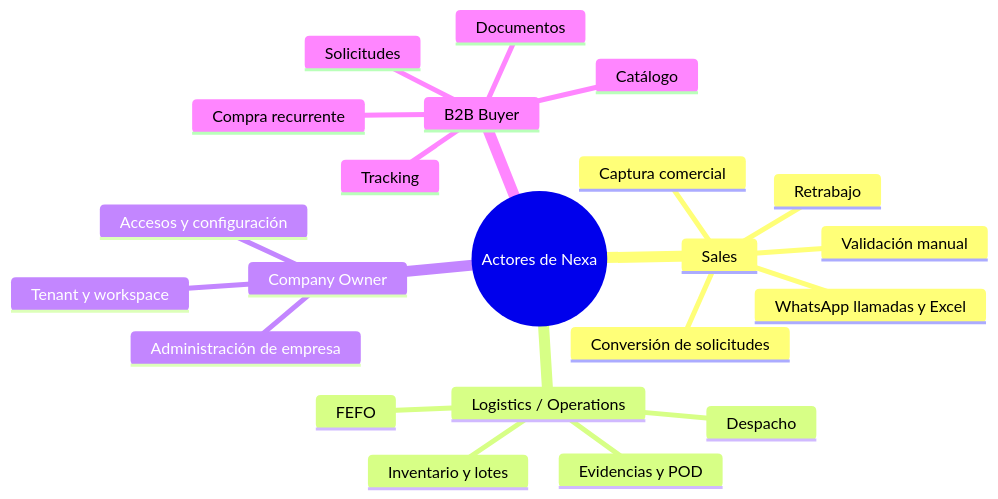
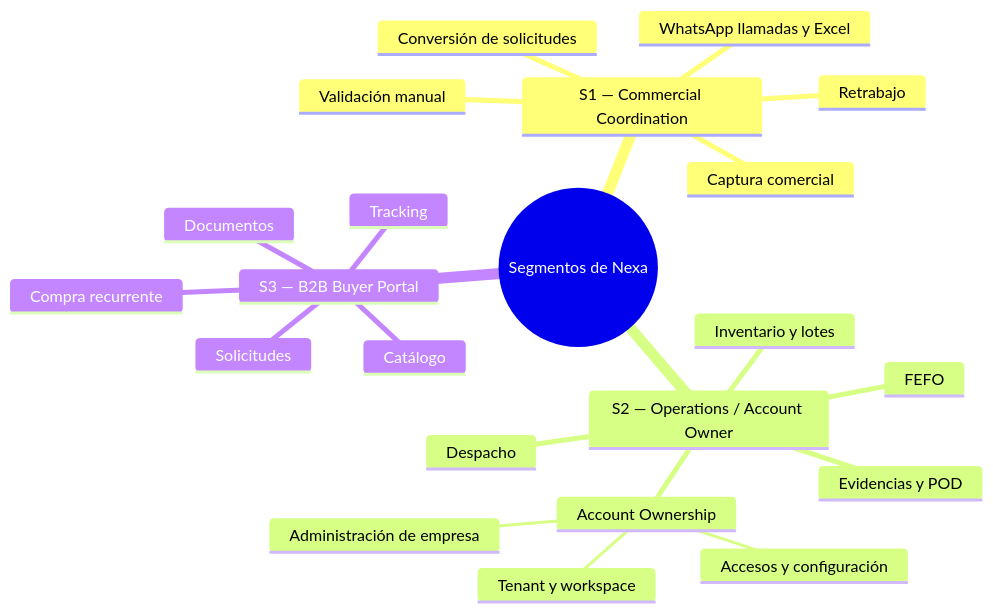
The third of 4 diagrams in report/10-chapter-1-introduction/1-3-target-segments.md (R0obxdnt-bit/nexa-ecosystem-report-v2), drawn with Mermaid before and after one commit. The commit also changed other lines of this file, not shown here.

````diff
--- a/report/10-chapter-1-introduction/1-3-target-segments.md
+++ b/report/10-chapter-1-introduction/1-3-target-segments.md
@@ -412,25 +85,25 @@
 ```mermaid
 mindmap
-  root((Actores de Nexa))
-    Sales
+  root((Segmentos de Nexa))
+    S1 — Commercial Coordination
       Captura comercial
       WhatsApp llamadas y Excel
       Validación manual
       Conversión de solicitudes
       Retrabajo
-    Logistics / Operations
+    S2 — Operations / Account Owner
       Inventario y lotes
       FEFO
       Despacho
       Evidencias y POD
-    Company Owner
-      Administración de empresa
-      Tenant y workspace
-      Accesos y configuración
-    B2B Buyer
+      Account Ownership
+        Administración de empresa
+        Tenant y workspace
+        Accesos y configuración
+    S3 — B2B Buyer Portal
       Compra recurrente
       Catálogo
       Solicitudes
       Tracking
       Documentos
 ```
````
